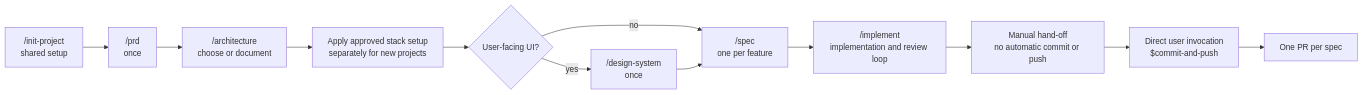
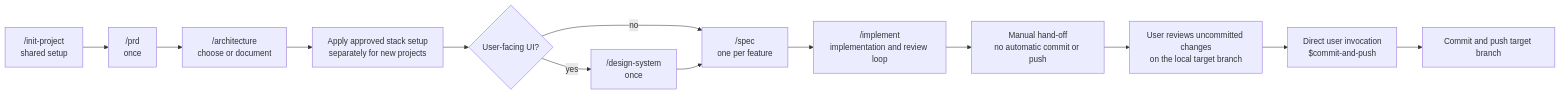
One commit to the-blue-coder/agentic-starter changed the first of 3 diagrams in README.md. Above: the diagram before and after it, drawn with Mermaid. The commit also changed other lines of this file and 20 other files, not shown here.

Commit message:
switch per-spec workflow to local target-branch review

````diff
--- a/README.md
+++ b/README.md
@@ -11,14 +11,15 @@
 ```mermaid
 flowchart LR
   init["/init-project<br/>shared setup"] --> prd["/prd<br/>once"]
   prd --> arch["/architecture<br/>choose or document"]
   arch --> setup["Apply approved stack setup<br/>separately for new projects"]
   setup --> ui{"User-facing UI?"}
   ui -- no --> spec["/spec<br/>one per feature"]
   ui -- yes --> design["/design-system<br/>once"]
   design --> spec
   spec --> implement["/implement<br/>implementation and review loop"]
   implement --> handoff["Manual hand-off<br/>no automatic commit or push"]
-  handoff --> ship["Direct user invocation<br/>$commit-and-push"]
-  ship --> pr["One PR per spec"]
+  handoff --> review["User reviews uncommitted changes<br/>on the local target branch"]
+  review --> ship["Direct user invocation<br/>$commit-and-push"]
+  ship --> push["Commit and push target branch"]
 ```
````
